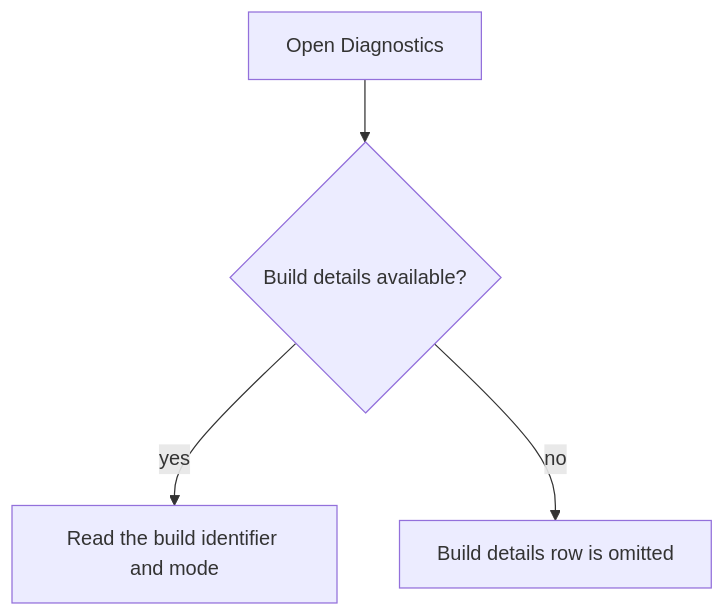
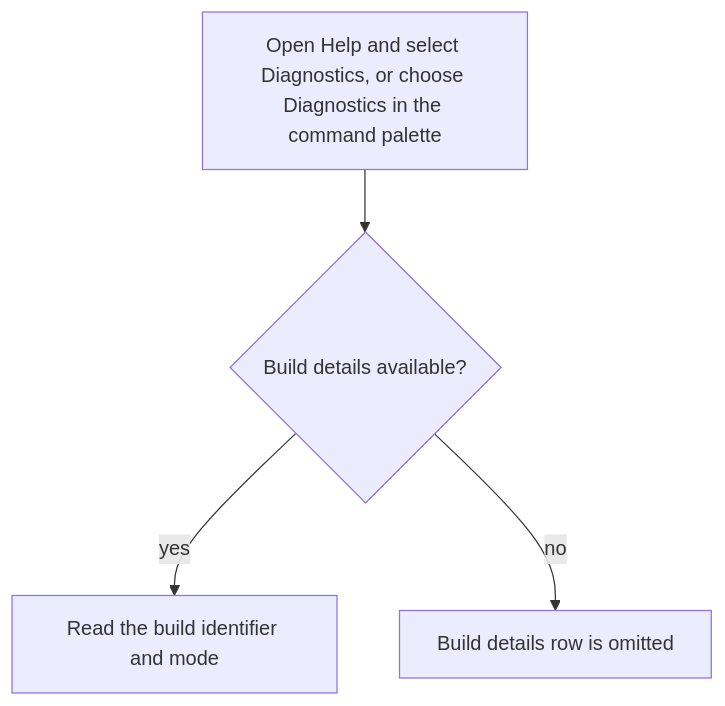
One commit to Kevinjohn/capacitylens changed the first of 2 diagrams in user-stories/settings/US-SET-03-build-stamp.md. Above: the diagram before and after it, drawn with Mermaid. The commit also changed other lines of this file and 35 other files, not shown here.

````diff
--- a/user-stories/settings/US-SET-03-build-stamp.md
+++ b/user-stories/settings/US-SET-03-build-stamp.md
@@ -17,6 +17,6 @@
 ```mermaid
 flowchart TD
-A["Open Diagnostics"] --> B{"Build details available?"}
+A["Open Help and select Diagnostics, or choose Diagnostics in the command palette"] --> B{"Build details available?"}
 B -->|yes| C["Read the build identifier and mode"]
 B -->|no| D["Build details row is omitted"]
 ```
````
